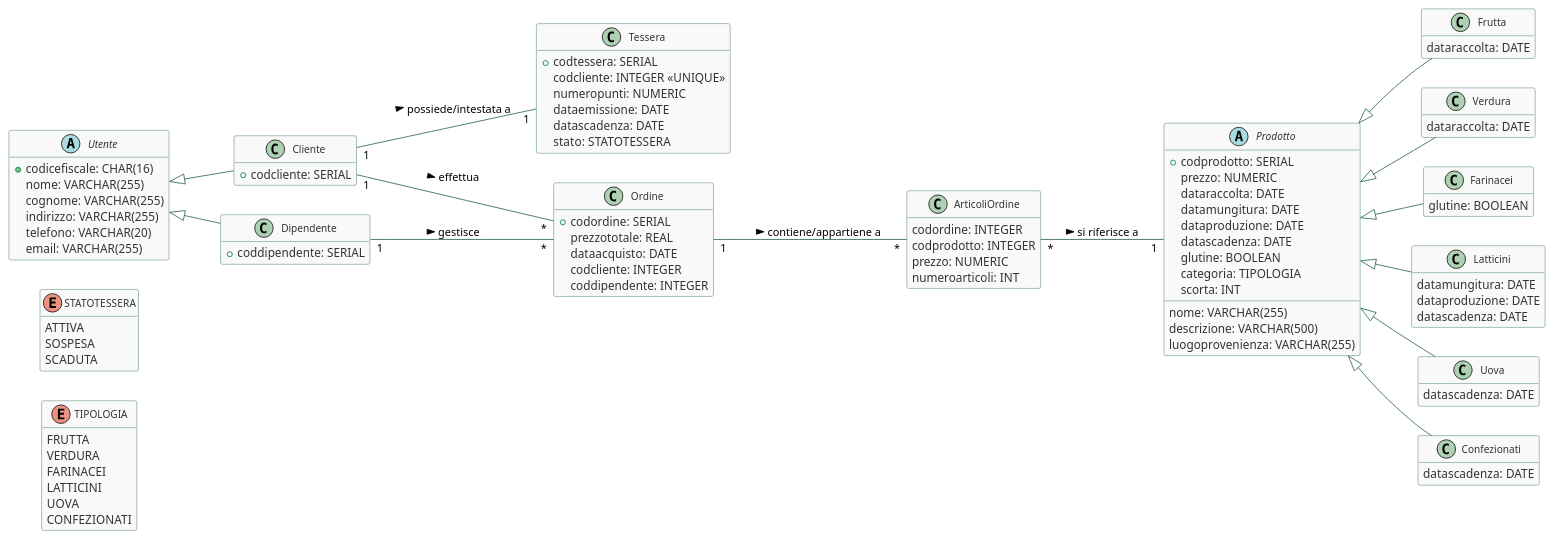
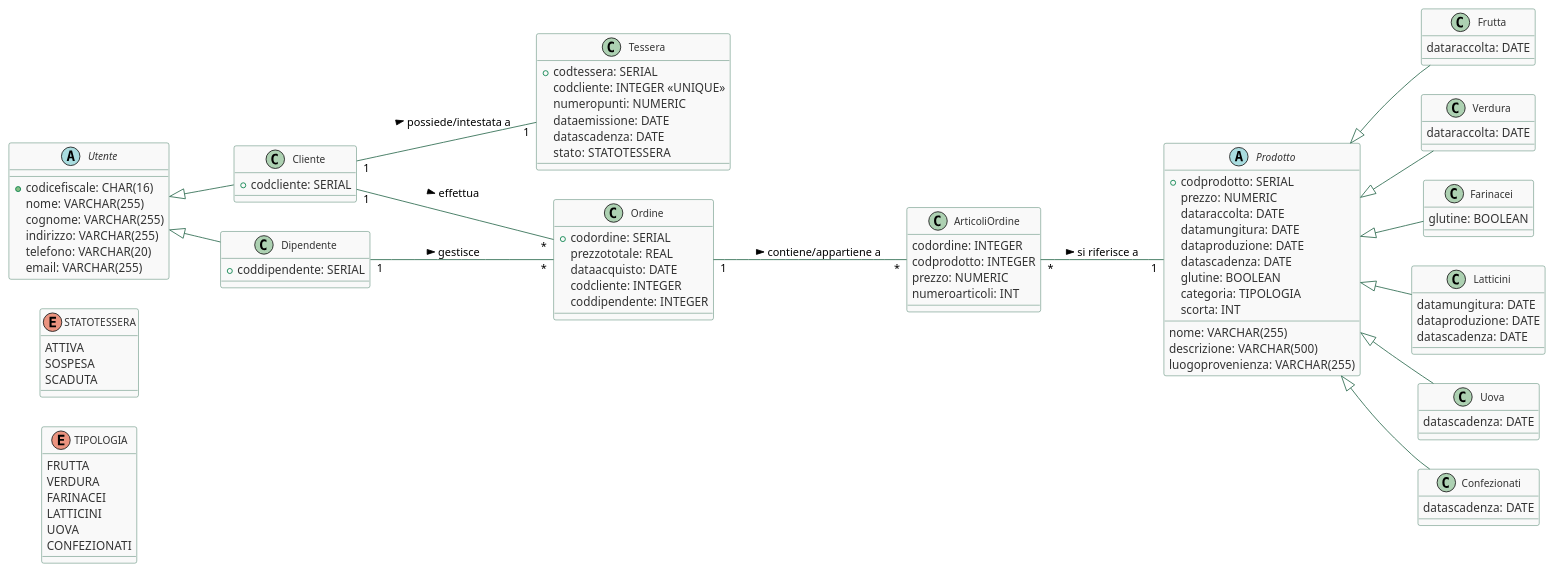
One commit to GinoPT97/UniDevPortfolio changed the diagram in Progetto-DB/Diagram/Diagram-NonRistrutturato.puml. Above: the diagram before and after it, drawn with PlantUML.

Commit message:
refactor: migliora la formattazione del diagramma UML

```diff
--- a/Progetto-DB/Diagram/Diagram-NonRistrutturato.puml
+++ b/Progetto-DB/Diagram/Diagram-NonRistrutturato.puml
@@ -1,119 +1,119 @@
 @startuml DiagramNonRistrutturato
 skinparam class {
-    BackgroundColor #F9F9F9
-    ArrowColor #2D6A4F
+  BackgroundColor #F9F9F9
+  ArrowColor #2D6A4F
   BorderColor #2D6A4F
   FontName "Segoe UI"
   FontSize 12
-    AttributeFontColor #333333
-    StereotypeFontColor #2D6A4F
-    StereotypeFontSize 11
+  AttributeFontColor #333333
+  StereotypeFontColor #2D6A4F
+  StereotypeFontSize 11
 }
-hide empty members
 
 ' Layout ordinato con posizionamento esplicito
 left to right direction
 
 enum TIPOLOGIA {
   FRUTTA
   VERDURA
   FARINACEI
   LATTICINI
   UOVA
   CONFEZIONATI
 }
 enum STATOTESSERA {
   ATTIVA
   SOSPESA
   SCADUTA
 }
 
 abstract class Utente {
   +codicefiscale: CHAR(16)
   nome: VARCHAR(255)
   cognome: VARCHAR(255)
   indirizzo: VARCHAR(255)
   telefono: VARCHAR(20)
   email: VARCHAR(255)
 }
 class Cliente {
   +codcliente: SERIAL
 }
 class Dipendente {
   +coddipendente: SERIAL
 }
 Utente <|-- Cliente
 Utente <|-- Dipendente
 
 class Tessera {
   +codtessera: SERIAL
   codcliente: INTEGER <<UNIQUE>>
   numeropunti: NUMERIC
   dataemissione: DATE
   datascadenza: DATE
   stato: STATOTESSERA
 }
 
 class Ordine {
   +codordine: SERIAL
   prezzototale: REAL
   dataacquisto: DATE
   codcliente: INTEGER
   coddipendente: INTEGER
 }
 class ArticoliOrdine {
   codordine: INTEGER
   codprodotto: INTEGER
   prezzo: NUMERIC
   numeroarticoli: INT
 }
 
 abstract class Prodotto {
   +codprodotto: SERIAL
   nome: VARCHAR(255)
   descrizione: VARCHAR(500)
   prezzo: NUMERIC
   luogoprovenienza: VARCHAR(255)
   dataraccolta: DATE
   datamungitura: DATE
   dataproduzione: DATE
   datascadenza: DATE
   glutine: BOOLEAN
   categoria: TIPOLOGIA
   scorta: INT
 }
 class Frutta {
   dataraccolta: DATE
 }
 class Verdura {
   dataraccolta: DATE
 }
 class Farinacei {
   glutine: BOOLEAN
 }
 class Latticini {
   datamungitura: DATE
   dataproduzione: DATE
   datascadenza: DATE
 }
 class Uova {
   datascadenza: DATE
 }
 class Confezionati {
   datascadenza: DATE
 }
 Prodotto <|-- Frutta
 Prodotto <|-- Verdura
 Prodotto <|-- Farinacei
 Prodotto <|-- Latticini
 Prodotto <|-- Uova
 Prodotto <|-- Confezionati
 
+
 ' Relazioni tra le classi con etichette e ruoli
 Cliente "1" -- "1" Tessera : possiede/intestata a >
 Cliente "1" -- "*" Ordine : effettua >
 Dipendente "1" -- "*" Ordine : gestisce >
 Ordine "1" -- "*" ArticoliOrdine : contiene/appartiene a >
 ArticoliOrdine "*" -- "1" Prodotto : si riferisce a >
 
 @enduml
```
